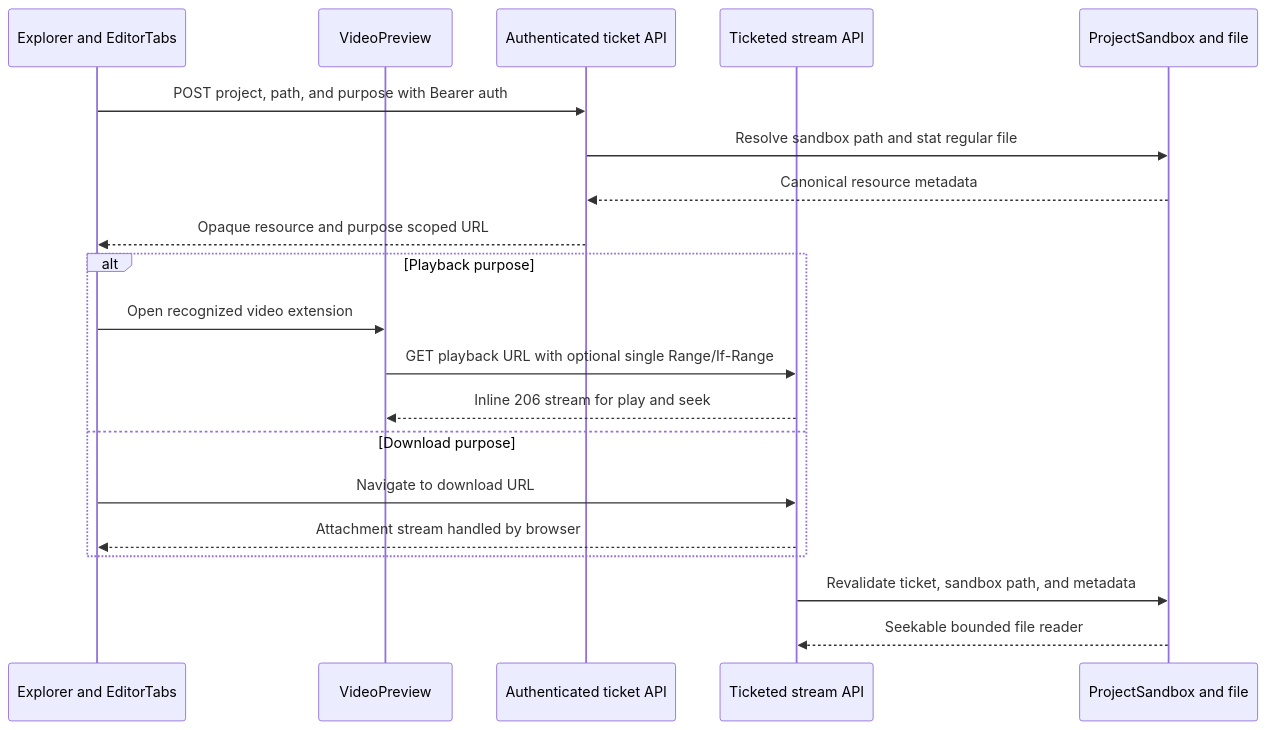
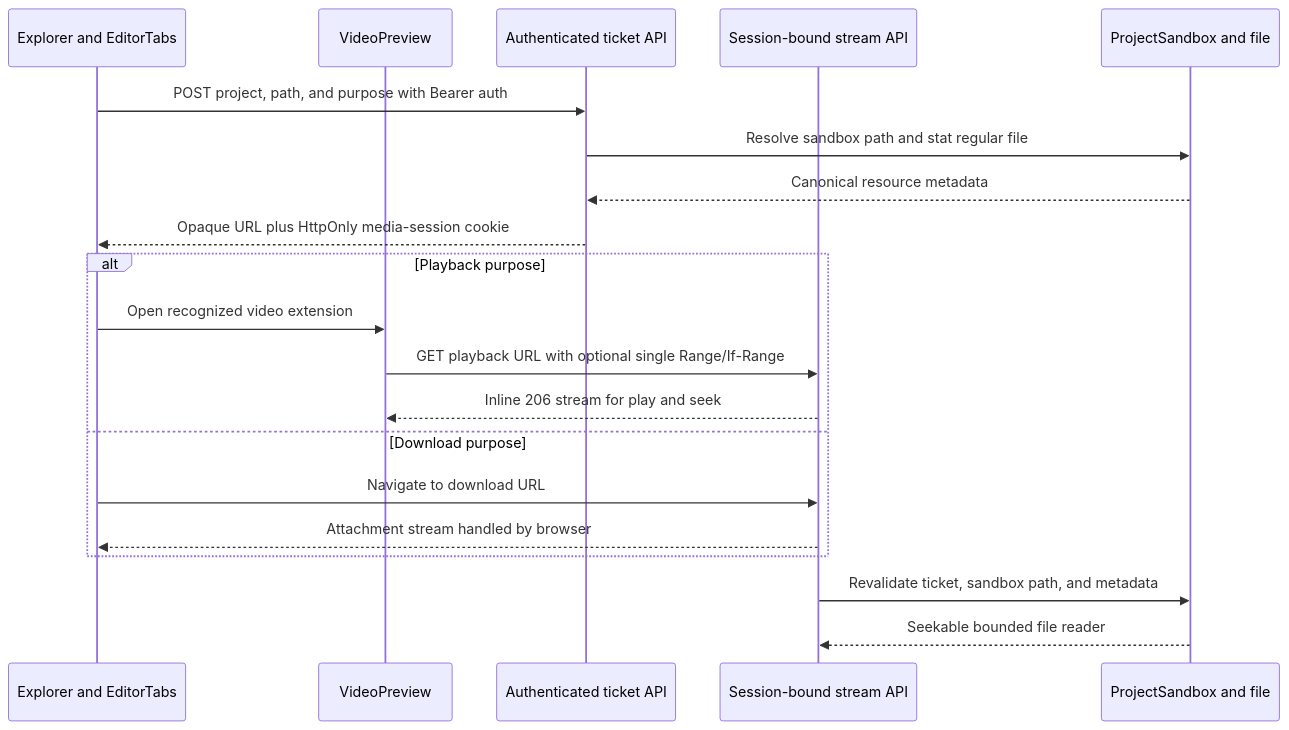
The fourth of 8 diagrams in docs/system-architecture.md (loidinhm31/dam-hopper), drawn with Mermaid before and after one commit. The commit also changed other lines of this file and 14 other files, not shown here.

Commit message:
fix(media): harden session-bound stream authorization

````diff
--- a/docs/system-architecture.md
+++ b/docs/system-architecture.md
@@ -795,22 +795,22 @@
 ```mermaid
 sequenceDiagram
     participant E as Explorer and EditorTabs
     participant V as VideoPreview
     participant A as Authenticated ticket API
-    participant S as Ticketed stream API
+    participant S as Session-bound stream API
     participant F as ProjectSandbox and file
     E->>A: POST project, path, and purpose with Bearer auth
     A->>F: Resolve sandbox path and stat regular file
     F-->>A: Canonical resource metadata
-    A-->>E: Opaque resource and purpose scoped URL
+    A-->>E: Opaque URL plus HttpOnly media-session cookie
     alt Playback purpose
         E->>V: Open recognized video extension
         V->>S: GET playback URL with optional single Range/If-Range
         S-->>V: Inline 206 stream for play and seek
     else Download purpose
         E->>S: Navigate to download URL
         S-->>E: Attachment stream handled by browser
     end
     S->>F: Revalidate ticket, sandbox path, and metadata
     F-->>S: Seekable bounded file reader
 ```
````
